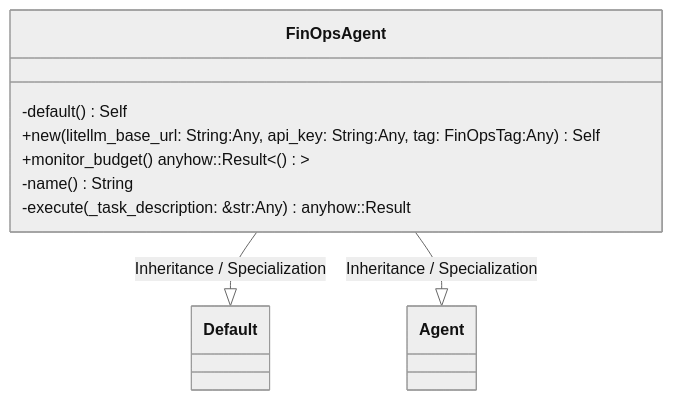
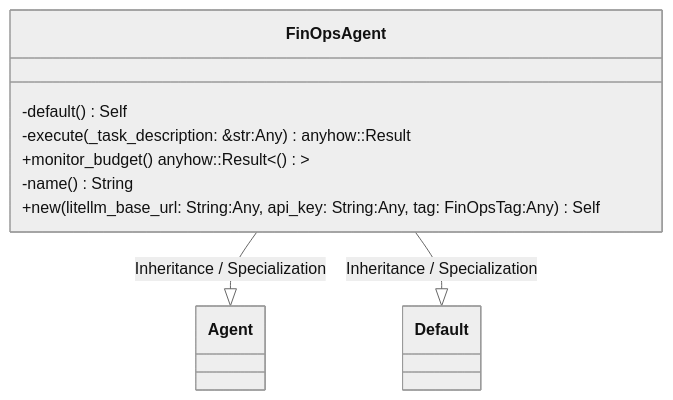
Before and after one commit to lgcorzo/rust_CACD_autonomous_factory: the first of 2 diagrams in openwiki/crates_factory-application_src_agents_finops_rs.md, drawn with Mermaid (neutral theme). The commit also changed other lines of this file and 76 other files, not shown here.

````diff
--- a/openwiki/crates_factory-application_src_agents_finops_rs.md
+++ b/openwiki/crates_factory-application_src_agents_finops_rs.md
@@ -111,14 +111,14 @@
 ```mermaid
 classDiagram
     direction BT
     class FinOpsAgent {
         -default() Self
-        +new(litellm_base_url: String:Any, api_key: String:Any, tag: FinOpsTag:Any) Self
+        -execute(_task_description: &str:Any) anyhow::Result<Value>
         +monitor_budget() anyhow::Result<()>
         -name() String
-        -execute(_task_description: &str:Any) anyhow::Result<Value>
+        +new(litellm_base_url: String:Any, api_key: String:Any, tag: FinOpsTag:Any) Self
     }
+    Agent <|-- FinOpsAgent : Inheritance / Specialization
     Default <|-- FinOpsAgent : Inheritance / Specialization
-    Agent <|-- FinOpsAgent : Inheritance / Specialization
 
 ```
````
